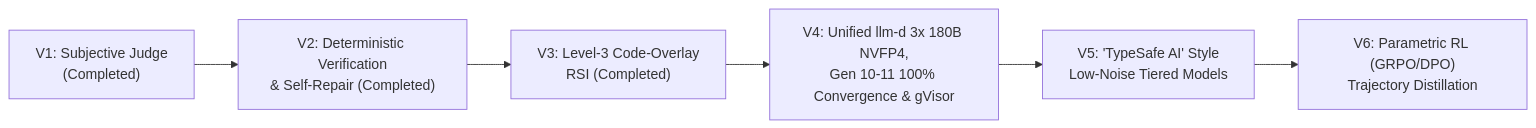
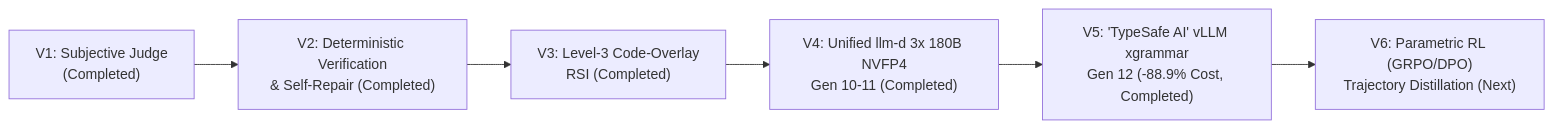
The diagram in README.md (SinaChavoshi/hierarchical-agent-evolution), drawn with Mermaid before and after one commit. The commit also changed other lines of this file and 8 other files, not shown here.

Commit message:
feat(v5): complete Generation 12 (V5 xgrammar TypeSafe AI) benchmark (97.42/100 peak net fitness, -88.9% shadow token cost, -91.9% output tokens/call, 11m sweep)

````diff
--- a/README.md
+++ b/README.md
@@ -67,8 +69,8 @@
 ```mermaid
 flowchart LR
     V1["V1: Subjective Judge<br/>(Completed)"] --> V2["V2: Deterministic Verification<br/>& Self-Repair (Completed)"]
     V2 --> V3["V3: Level-3 Code-Overlay<br/>RSI (Completed)"]
-    V3 --> V4["V4: Unified llm-d 3x 180B NVFP4,<br/>Gen 10-11 100% Convergence & gVisor"]
-    V4 --> V5["V5: 'TypeSafe AI' Style<br/>Low-Noise Tiered Models"]
-    V5 --> V6["V6: Parametric RL (GRPO/DPO)<br/>Trajectory Distillation"]
+    V3 --> V4["V4: Unified llm-d 3x 180B NVFP4<br/>Gen 10-11 (Completed)"]
+    V4 --> V5["V5: 'TypeSafe AI' vLLM xgrammar<br/>Gen 12 (-88.9% Cost, Completed)"]
+    V5 --> V6["V6: Parametric RL (GRPO/DPO)<br/>Trajectory Distillation (Next)"]
 ```
````
